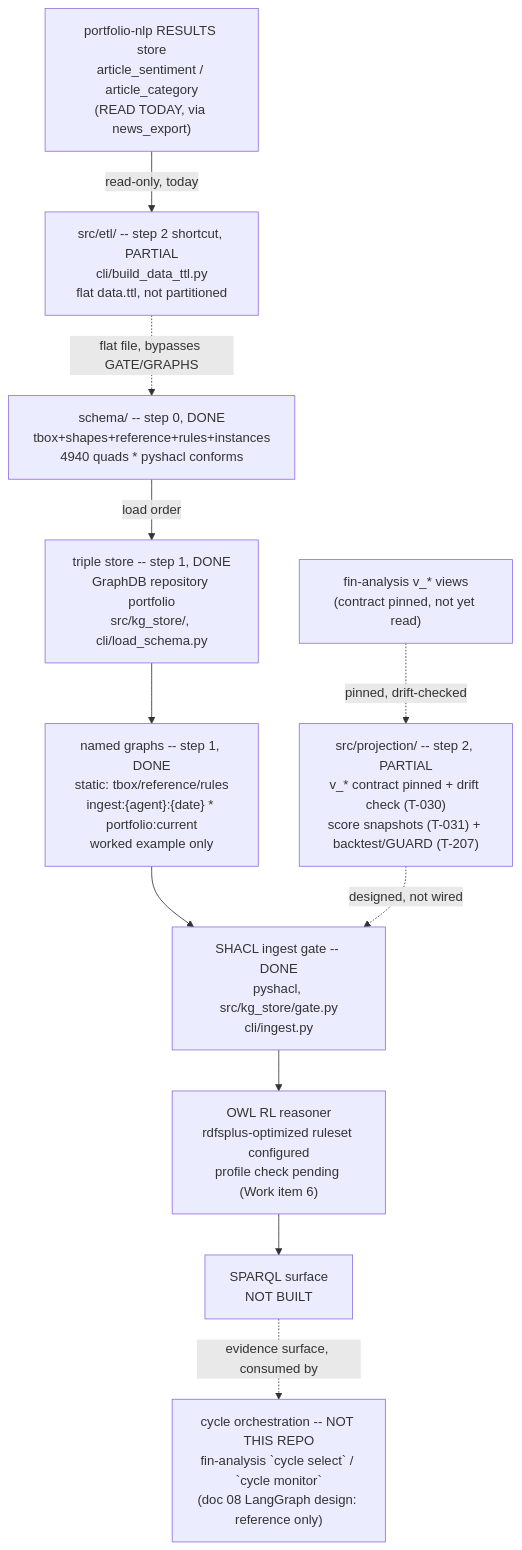
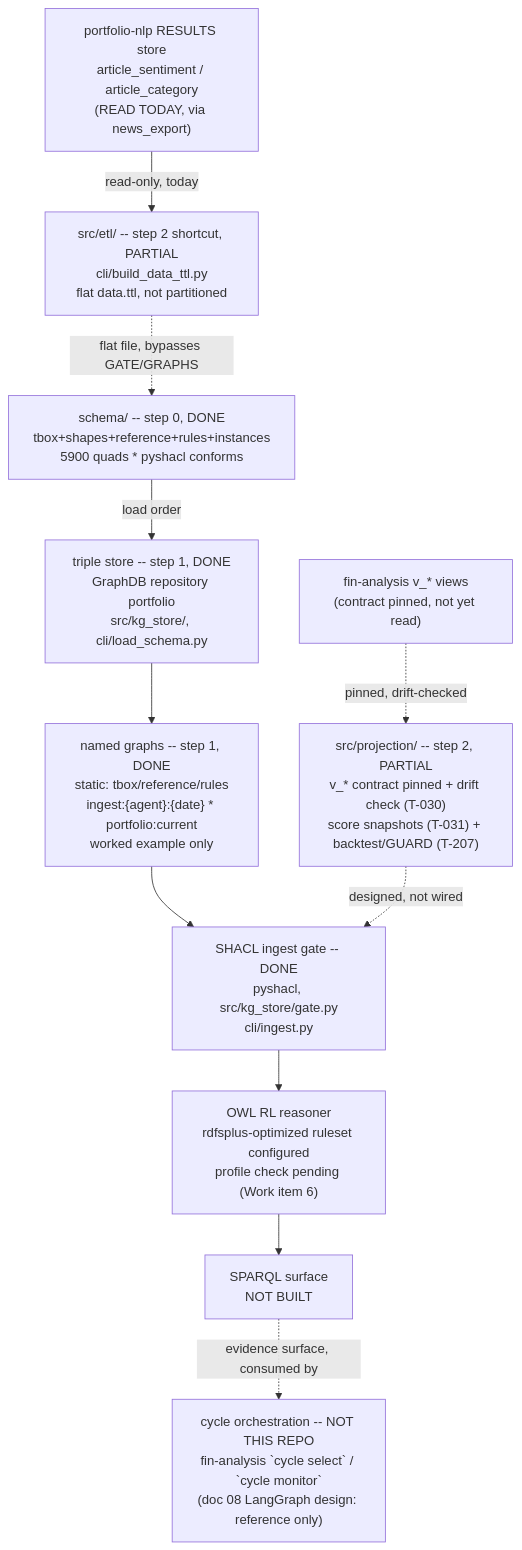
One commit to gamug/portfolio-knowledge-graph changed the diagram in .specify/memory/SPEC.md. Above: the diagram before and after it, drawn with Mermaid. The commit also changed other lines of this file and 15 other files, not shown here.

````diff
--- a/.specify/memory/SPEC.md
+++ b/.specify/memory/SPEC.md
@@ -1027,22 +1027,22 @@
 ```mermaid
 flowchart TB
-    SCHEMA["schema/ -- step 0, DONE<br/>tbox+shapes+reference+rules+instances<br/>4940 quads * pyshacl conforms"]
+    SCHEMA["schema/ -- step 0, DONE<br/>tbox+shapes+reference+rules+instances<br/>5900 quads * pyshacl conforms"]
     STORE["triple store -- step 1, DONE<br/>GraphDB repository portfolio<br/>src/kg_store/, cli/load_schema.py"]
     GRAPHS["named graphs -- step 1, DONE<br/>static: tbox/reference/rules<br/>ingest:{agent}:{date} * portfolio:current<br/>worked example only"]
     GATE["SHACL ingest gate -- DONE<br/>pyshacl, src/kg_store/gate.py<br/>cli/ingest.py"]
     PROJ["src/projection/ -- step 2, PARTIAL<br/>v_* contract pinned + drift check (T-030)<br/>score snapshots (T-031) + backtest/GUARD (T-207)"]
     FIN["fin-analysis v_* views<br/>(contract pinned, not yet read)"]
     NLPRES["portfolio-nlp RESULTS store<br/>article_sentiment / article_category<br/>(READ TODAY, via news_export)"]
     ETL["src/etl/ -- step 2 shortcut, PARTIAL<br/>cli/build_data_ttl.py<br/>flat data.ttl, not partitioned"]
     REASON["OWL RL reasoner<br/>rdfsplus-optimized ruleset configured<br/>profile check pending (Work item 6)"]
     SPARQL["SPARQL surface<br/>NOT BUILT"]
     AGENTS["cycle orchestration -- NOT THIS REPO<br/>fin-analysis `cycle select` / `cycle monitor`<br/>(doc 08 LangGraph design: reference only)"]
 
     SCHEMA -->|load order| STORE --> GRAPHS --> GATE
     FIN -.->|pinned, drift-checked| PROJ
     PROJ -.->|designed, not wired| GATE
     NLPRES -->|read-only, today| ETL
     ETL -.->|flat file, bypasses GATE/GRAPHS| SCHEMA
     GATE --> REASON --> SPARQL
     SPARQL -.->|evidence surface, consumed by| AGENTS
 ```
````
